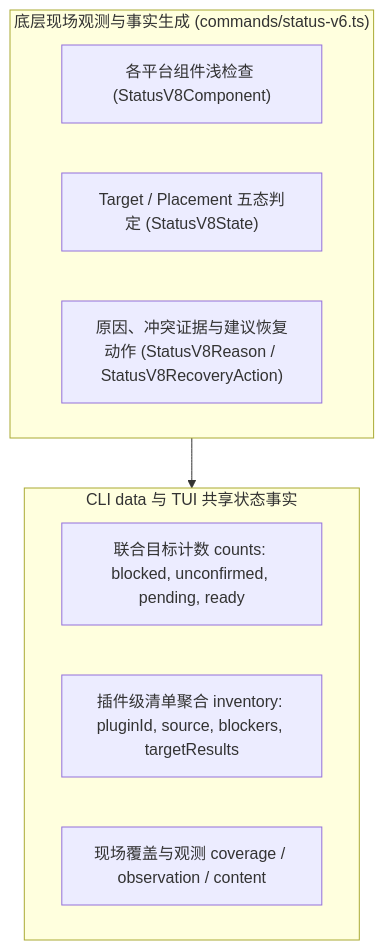
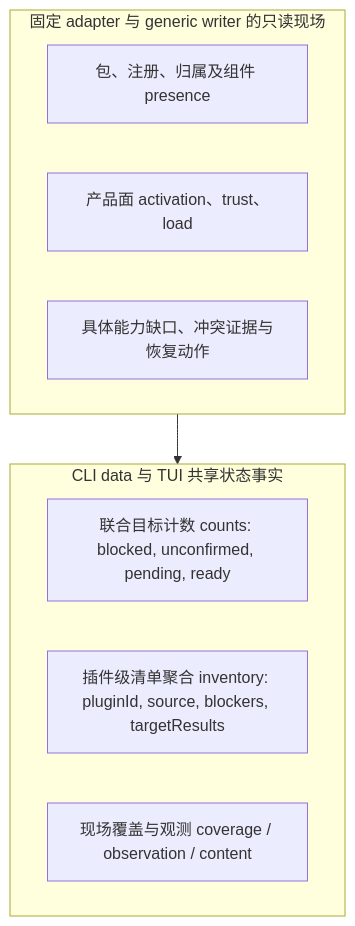
One commit to lesliechan721-arch/agent-workflow changed the first of 2 diagrams in docs/maintainers/architecture/config-and-status.md. Above: the diagram before and after it, drawn with Mermaid. The commit also changed other lines of this file and 425 other files, not shown here.

````diff
--- a/docs/maintainers/architecture/config-and-status.md
+++ b/docs/maintainers/architecture/config-and-status.md
@@ -25,16 +26,16 @@
 ```mermaid
 flowchart TD
-    subgraph S1["底层现场观测与事实生成 (commands/status-v6.ts)"]
-        F1["各平台组件浅检查 (StatusV8Component)"]
-        F2["Target / Placement 五态判定 (StatusV8State)"]
-        F3["原因、冲突证据与建议恢复动作 (StatusV8Reason / StatusV8RecoveryAction)"]
+    subgraph S1["固定 adapter 与 generic writer 的只读现场"]
+        F1["包、注册、归属及组件 presence"]
+        F2["产品面 activation、trust、load"]
+        F3["具体能力缺口、冲突证据与恢复动作"]
     end
 
     subgraph S2["CLI data 与 TUI 共享状态事实"]
         R1["联合目标计数 counts: blocked, unconfirmed, pending, ready"]
         R2["插件级清单聚合 inventory: pluginId, source, blockers, targetResults"]
         R3["现场覆盖与观测 coverage / observation / content"]
     end
 
     S1 --> S2
 ```
````
